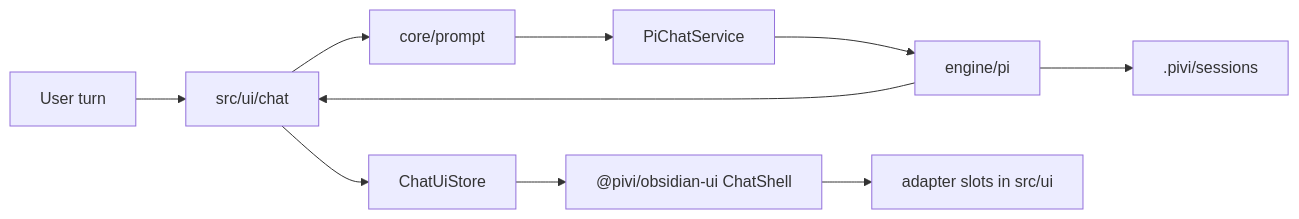
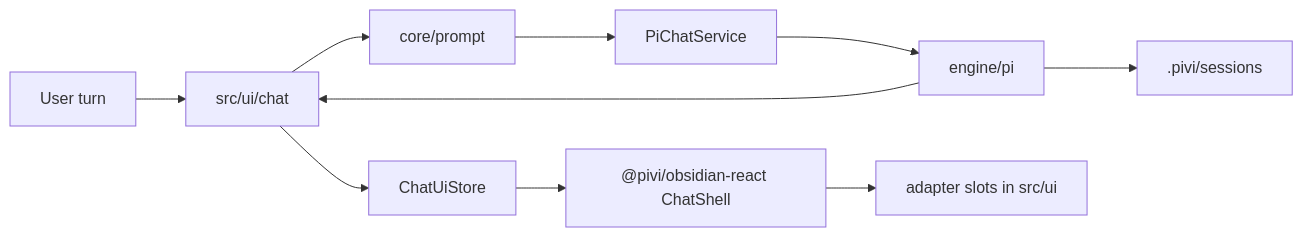
Before and after one commit to shuuul/obsidian-pivi: the third of 4 diagrams in AGENTS.md, drawn with Mermaid. The commit also changed other lines of this file and 335 other files, not shown here.

First line of the commit message:
refactor(architecture): enforce package and UI boundaries

````diff
--- a/AGENTS.md
+++ b/AGENTS.md
@@ -187,12 +186,12 @@
 ```mermaid
 flowchart LR
   User["User turn"] --> ChatRt["src/ui/chat"]
   ChatRt --> Prompt["core/prompt"]
   Prompt --> Service["PiChatService"]
   Service --> Engine["engine/pi"]
   Engine --> ChatRt
   ChatRt --> Store["ChatUiStore"]
-  Store --> Shell["@pivi/obsidian-ui ChatShell"]
+  Store --> Shell["@pivi/obsidian-react ChatShell"]
   Shell --> Adapters["adapter slots in src/ui"]
   Engine --> Session[".pivi/sessions"]
 ```
````
